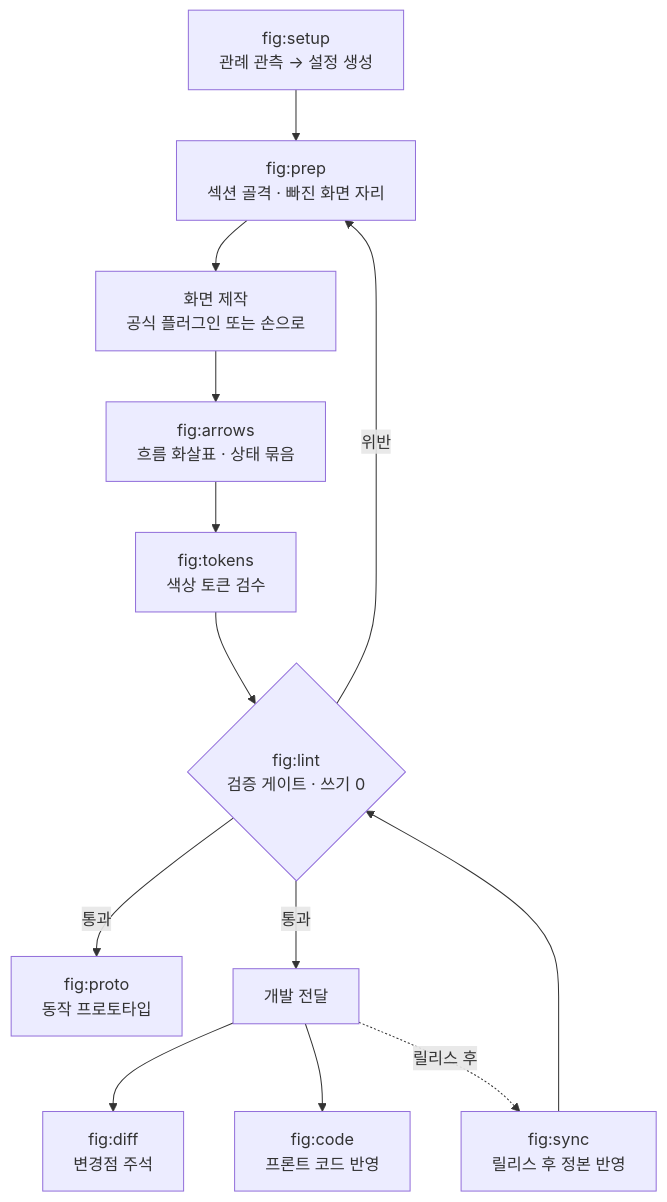
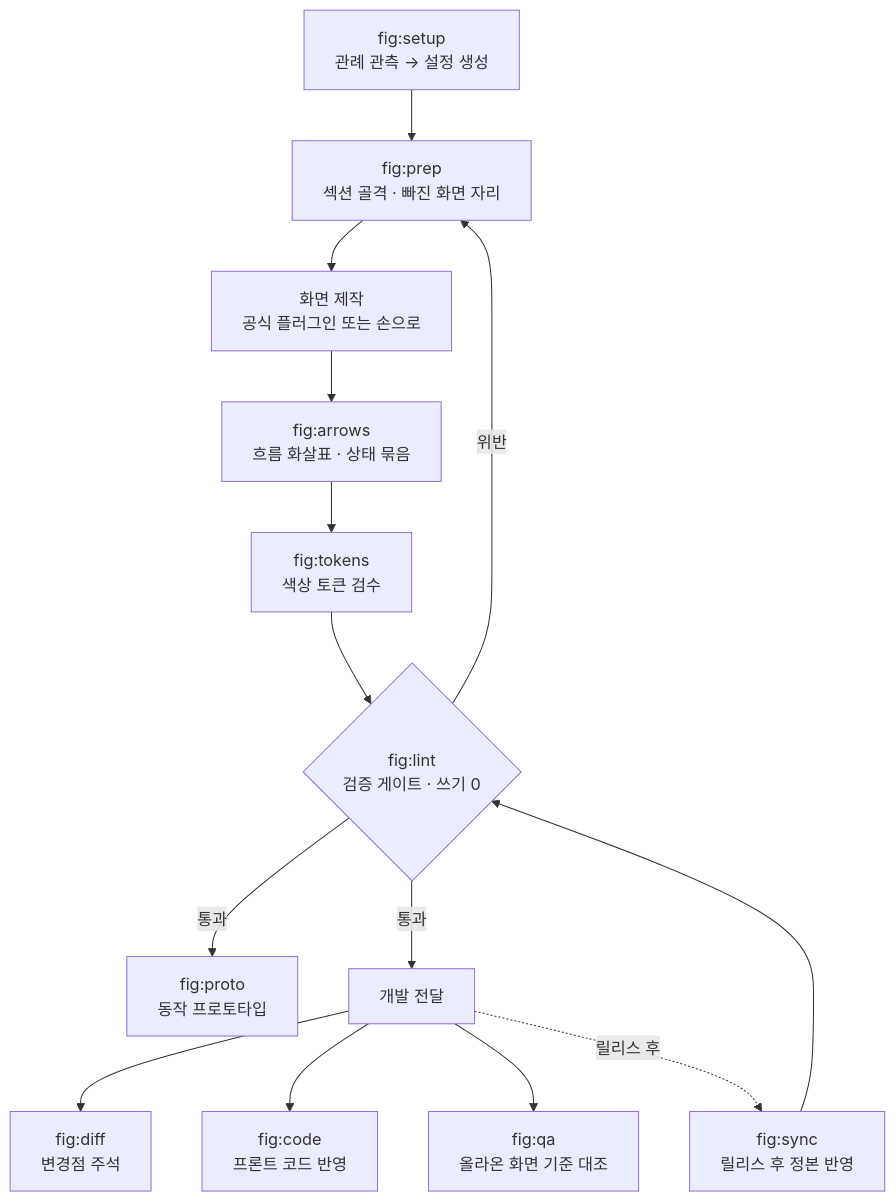
The diagram in README.md (byjunyoung/claude-figma-skills), drawn with Mermaid before and after one commit. The commit also changed other lines of this file and 5 other files, not shown here.

First line of the commit message:
feat: /fig:qa 추가 — 기준선 대조 QA

````diff
--- a/README.md
+++ b/README.md
@@ -113,23 +116,25 @@
 ```mermaid
 flowchart TD
     setup["fig:setup<br/>관례 관측 → 설정 생성"]
     prep["fig:prep<br/>섹션 골격 · 빠진 화면 자리"]
     draw["화면 제작<br/>공식 플러그인 또는 손으로"]
     arrows["fig:arrows<br/>흐름 화살표 · 상태 묶음"]
     tokens["fig:tokens<br/>색상 토큰 검수"]
     lint{"fig:lint<br/>검증 게이트 · 쓰기 0"}
     proto["fig:proto<br/>동작 프로토타입"]
     handoff["개발 전달"]
     diff["fig:diff<br/>변경점 주석"]
     code["fig:code<br/>프론트 코드 반영"]
     sync["fig:sync<br/>릴리스 후 정본 반영"]
+    qa["fig:qa<br/>올라온 화면 기준 대조"]
 
     setup --> prep --> draw --> arrows --> tokens --> lint
     lint -- 위반 --> prep
     lint -- 통과 --> proto
     lint -- 통과 --> handoff
     handoff --> diff
     handoff --> code
+    handoff --> qa
     handoff -. 릴리스 후 .-> sync
     sync --> lint
 ```
````
